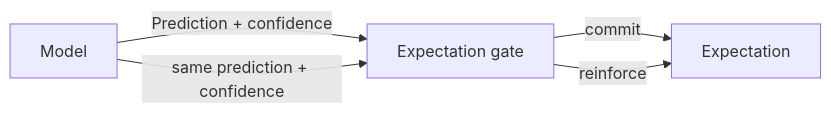
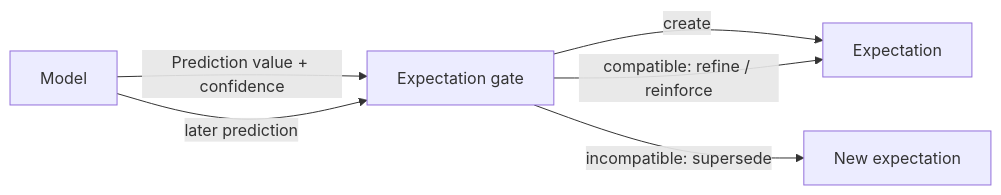
Before and after one commit to skasti/skyn-vaettr: the first of 2 diagrams in docs/expectations.md, drawn with Mermaid. The commit also changed other lines of this file, not shown here.

Commit message:
Document expectation refinement and gate policy

````diff
--- a/docs/expectations.md
+++ b/docs/expectations.md
@@ -44,7 +49,8 @@
 ```mermaid
 flowchart LR
-    M[Model] -->|Prediction + confidence| G[Expectation gate]
-    G -->|commit| E[Expectation]
-    M -->|same prediction + confidence| G
-    G -->|reinforce| E
+    M[Model] -->|Prediction value + confidence| G[Expectation gate]
+    G -->|create| E[Expectation]
+    M -->|later prediction| G
+    G -->|compatible: refine / reinforce| E
+    G -->|incompatible: supersede| N[New expectation]
 ```
````
